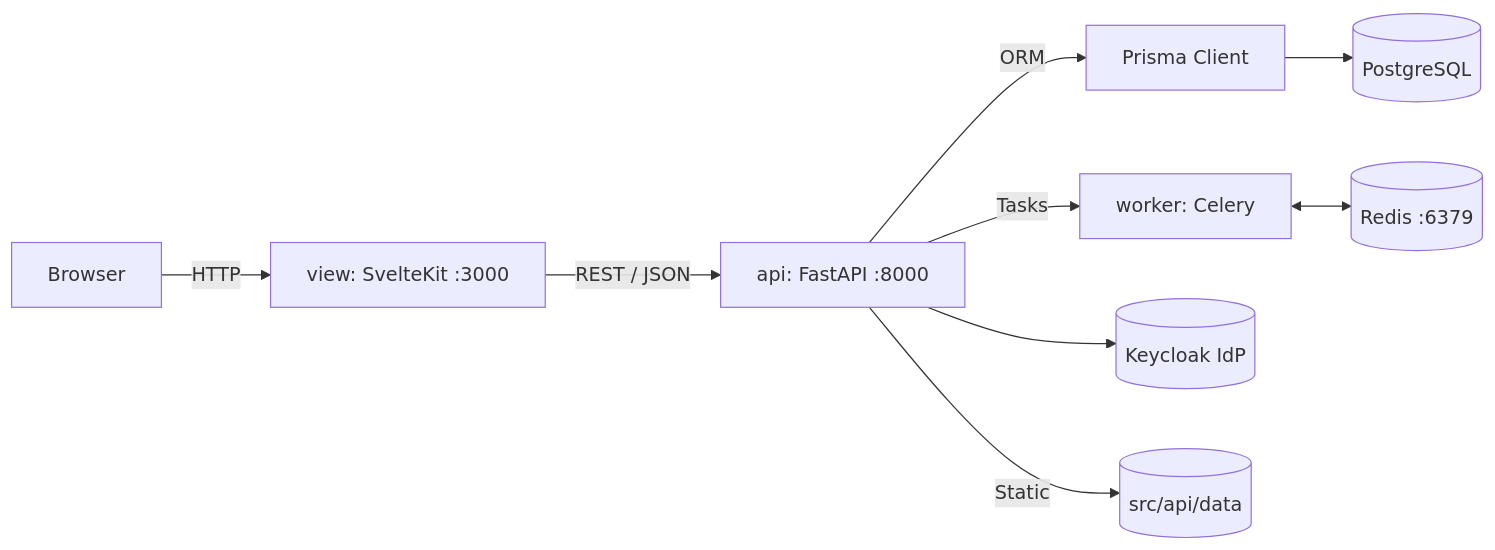
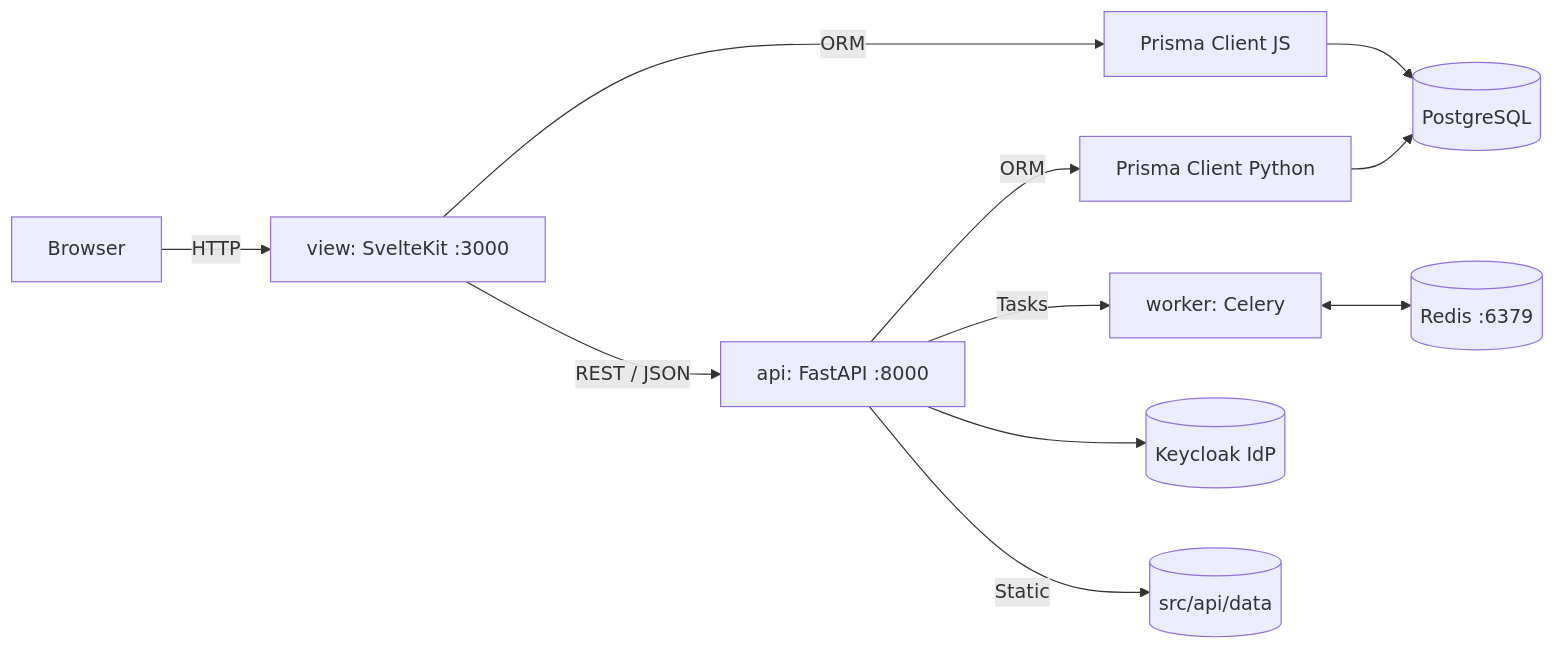
Before and after one commit to obellprat/augur-hakesch: the diagram in README.md, drawn with Mermaid. The commit also changed other lines of this file, not shown here.

````diff
--- a/README.md
+++ b/README.md
@@ -20,11 +20,13 @@
 ```mermaid
 flowchart LR
   User[Browser] -->|HTTP| View[view: SvelteKit :3000]
   View -->|REST / JSON| API[api: FastAPI :8000]
-  API -->|ORM| Prisma[Prisma Client]
-  Prisma --> DB[(PostgreSQL)]
+  View -->|ORM| PrismaJS[Prisma Client JS]
+  API -->|ORM| PrismaPY[Prisma Client Python]
+  PrismaJS --> DB[(PostgreSQL)]
+  PrismaPY --> DB[(PostgreSQL)]
   API -->|Tasks| Celery[worker: Celery]
   Celery <--> Redis[(Redis :6379)]
   API --> Keycloak[(Keycloak IdP)]
   API -->|Static| Data[(src/api/data)]
 ```
````
